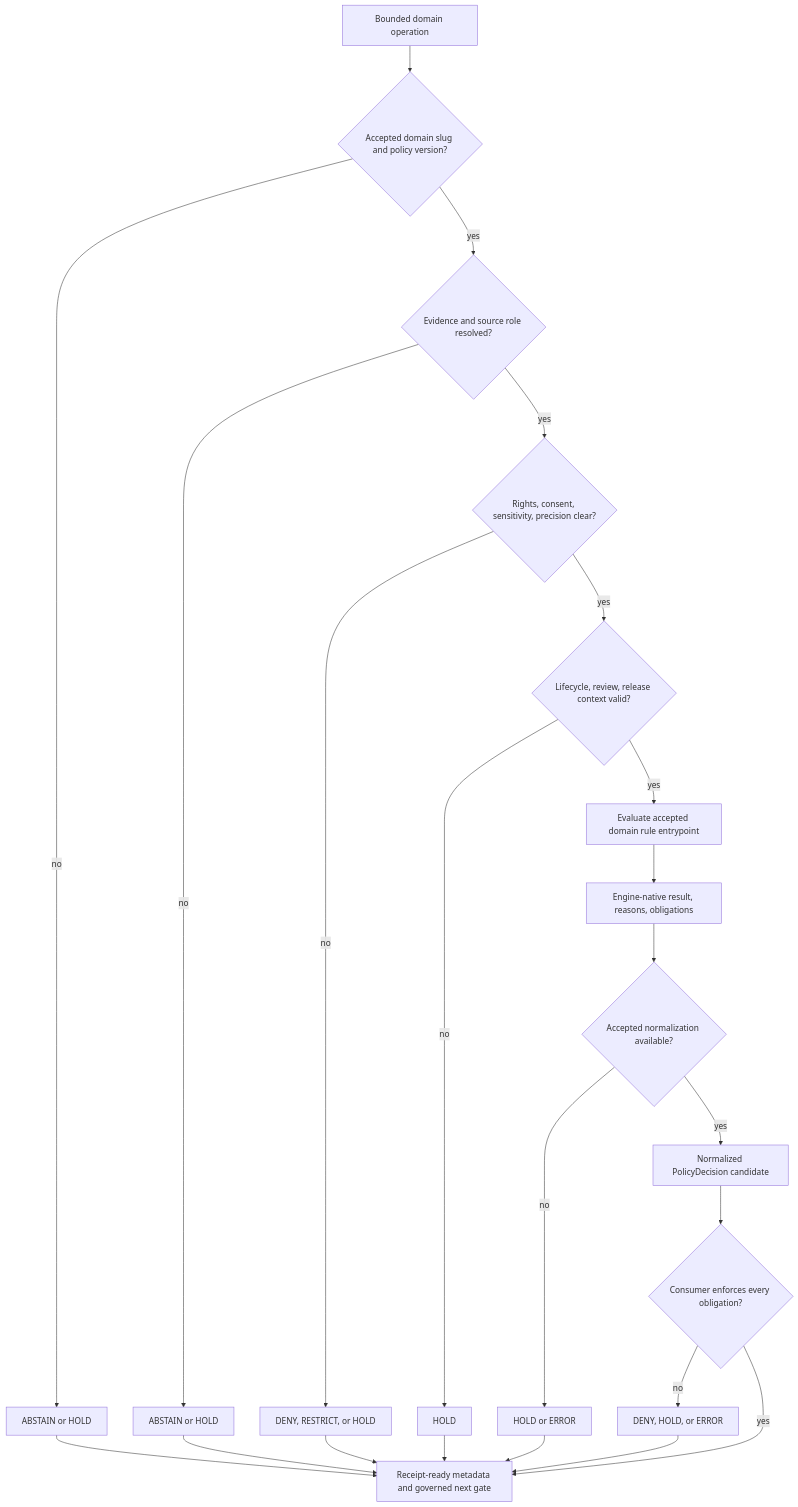
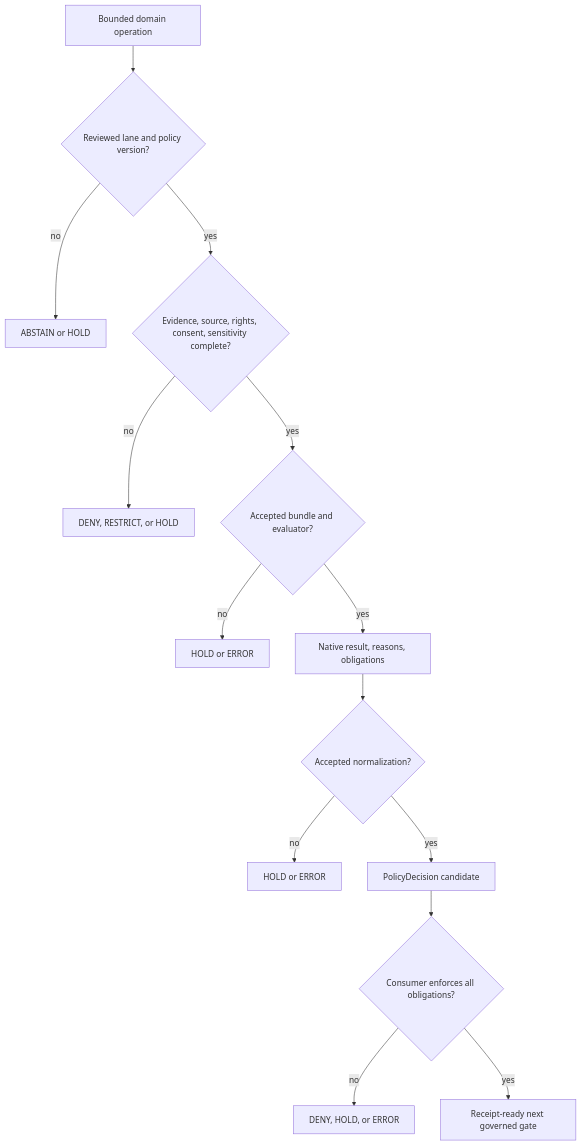
Before and after one commit to bartytime4life/Kansas-Frontier-Matrix: the diagram in policy/domains/README.md, drawn with Mermaid. The commit also changed other lines of this file, not shown here.

Commit message:
docs: reconcile domain policy README

````diff
--- a/policy/domains/README.md
+++ b/policy/domains/README.md
@@ -422,26 +486,16 @@
 ```mermaid
 flowchart TD
-    request["Bounded domain operation"] --> slug{"Accepted domain slug and policy version?"}
-    slug -->|no| unresolved["ABSTAIN or HOLD"]
-    slug -->|yes| support{"Evidence and source role resolved?"}
-    support -->|no| unsupported["ABSTAIN or HOLD"]
-    support -->|yes| safety{"Rights, consent, sensitivity, precision clear?"}
-    safety -->|no| protected["DENY, RESTRICT, or HOLD"]
-    safety -->|yes| state{"Lifecycle, review, release context valid?"}
-    state -->|no| pending["HOLD"]
-    state -->|yes| evaluate["Evaluate accepted domain rule entrypoint"]
-    evaluate --> native["Engine-native result, reasons, obligations"]
-    native --> normalize{"Accepted normalization available?"}
-    normalize -->|no| mapping["HOLD or ERROR"]
-    normalize -->|yes| decision["Normalized PolicyDecision candidate"]
-    decision --> enforce{"Consumer enforces every obligation?"}
-    enforce -->|no| failclosed["DENY, HOLD, or ERROR"]
-    enforce -->|yes| audit["Receipt-ready metadata and governed next gate"]
-
-    unresolved --> audit
-    unsupported --> audit
-    protected --> audit
-    pending --> audit
-    mapping --> audit
-    failclosed --> audit
+    request["Bounded domain operation"] --> identity{"Reviewed lane and policy version?"}
+    identity -->|no| hold1["ABSTAIN or HOLD"]
+    identity -->|yes| context{"Evidence, source, rights, consent, sensitivity complete?"}
+    context -->|no| hold2["DENY, RESTRICT, or HOLD"]
+    context -->|yes| runtime{"Accepted bundle and evaluator?"}
+    runtime -->|no| hold3["HOLD or ERROR"]
+    runtime -->|yes| result["Native result, reasons, obligations"]
+    result --> mapping{"Accepted normalization?"}
+    mapping -->|no| hold4["HOLD or ERROR"]
+    mapping -->|yes| decision["PolicyDecision candidate"]
+    decision --> consumer{"Consumer enforces all obligations?"}
+    consumer -->|no| hold5["DENY, HOLD, or ERROR"]
+    consumer -->|yes| next["Receipt-ready next governed gate"]
 ```
````
